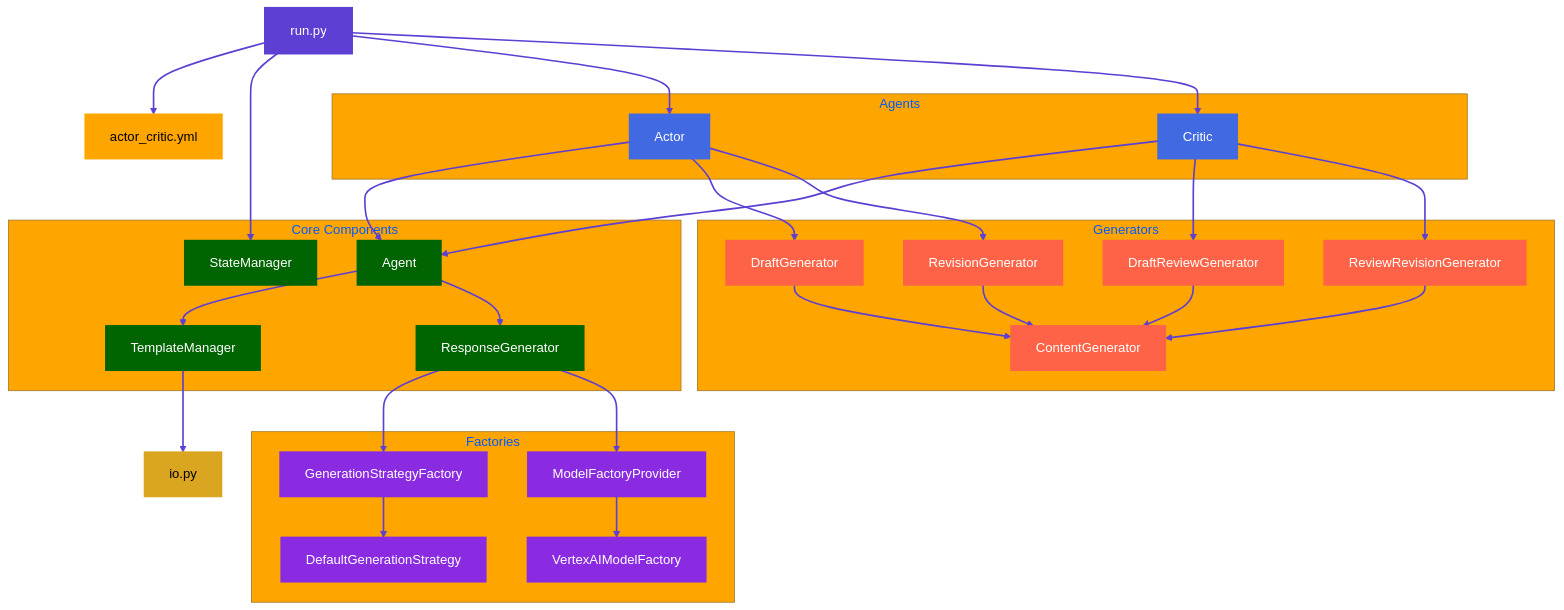
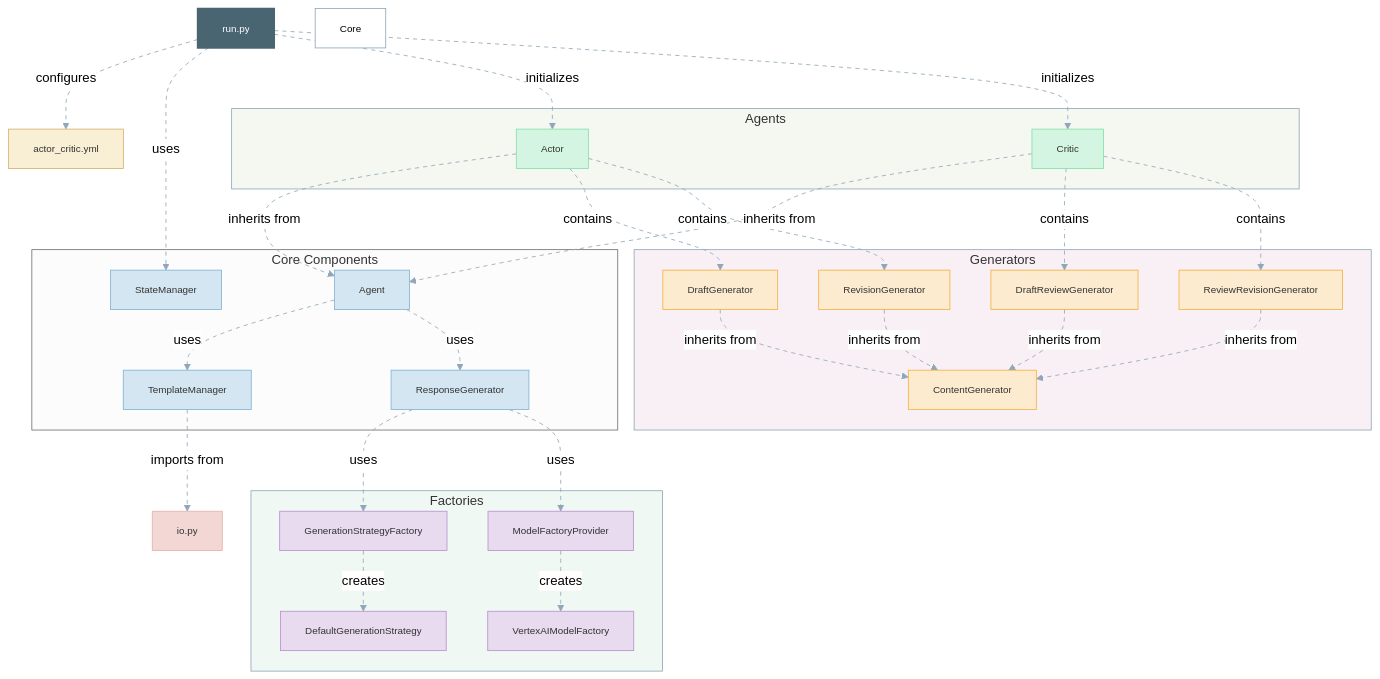
Before and after one commit to achimdehnert/Agentic-Workflow-Patterns: the diagram in img/patterns/actor_critic.mmd, drawn with Mermaid.

```diff
--- a/img/patterns/actor_critic.mmd
+++ b/img/patterns/actor_critic.mmd
@@ -1,88 +1,93 @@
 %%{init: {
-  'theme': 'base',
+  'theme': 'neutral',
   'themeVariables': {
-    'primaryColor': '#5D3FD3',
-    'primaryTextColor': '#fff',
-    'primaryBorderColor': '#5D3FD3',
-    'lineColor': '#5D3FD3',
-    'secondaryColor': '#006400',
-    'tertiaryColor': '#FFA500'
+    'primaryColor': '#f0f4f8',
+    'primaryTextColor': '#333',
+    'primaryBorderColor': '#8fa7b8',
+    'lineColor': '#8fa7b8',
+    'secondaryColor': '#f8f0f4',
+    'tertiaryColor': '#f4f8f0'
   }
 }}%%
 
 graph TD
-    classDef default fill:#f9f9f9,stroke:#333,stroke-width:2px;
-    classDef entrypoint fill:#5D3FD3,color:#fff,stroke:#5D3FD3,stroke-width:4px;
-    classDef config fill:#FFA500,color:#000,stroke:#FFA500;
-    classDef core fill:#006400,color:#fff,stroke:#006400;
-    classDef agent fill:#4169E1,color:#fff,stroke:#4169E1;
-    classDef generator fill:#FF6347,color:#fff,stroke:#FF6347;
-    classDef factory fill:#8A2BE2,color:#fff,stroke:#8A2BE2;
-    classDef strategy fill:#20B2AA,color:#fff,stroke:#20B2AA;
-    classDef util fill:#DAA520,color:#000,stroke:#DAA520;
+    classDef default fill:#fff,stroke:#8fa7b8,stroke-width:1px,font-family:Arial,font-size:12px;
+    classDef entrypoint fill:#4a6572,color:#fff,stroke:#4a6572,stroke-width:2px;
+    classDef config fill:#f9efd4,color:#333,stroke:#d4b26a;
+    classDef core fill:#d4e6f1,color:#333,stroke:#7fb3d5;
+    classDef agent fill:#d5f5e3,color:#333,stroke:#82e0aa;
+    classDef generator fill:#fdebd0,color:#333,stroke:#f5b041;
+    classDef factory fill:#e8daef,color:#333,stroke:#bb8fce;
+    classDef strategy fill:#d6eaf8,color:#333,stroke:#85c1e9;
+    classDef util fill:#f2d7d5,color:#333,stroke:#e6b0aa;
 
-    A[run.py] --> B[actor_critic.yml]
-    A --> C[StateManager]
-    A --> D[Actor]
-    A --> E[Critic]
+    A[run.py] --> |configures| B[actor_critic.yml]
+    A --> |uses| C[StateManager]
+    A --> |initializes| D[Actor]
+    A --> |initializes| E[Critic]
     
-    D --> F[Agent]
-    E --> F
+    D --> |inherits from| F[Agent]
+    E --> |inherits from| F
     
-    F --> G[TemplateManager]
-    F --> H[ResponseGenerator]
+    F --> |uses| G[TemplateManager]
+    F --> |uses| H[ResponseGenerator]
     
-    G --> I[io.py]
-    H --> J[GenerationStrategyFactory]
-    H --> K[ModelFactoryProvider]
+    G --> |imports from| I[io.py]
+    H --> |uses| J[GenerationStrategyFactory]
+    H --> |uses| K[ModelFactoryProvider]
     
-    J --> L[DefaultGenerationStrategy]
-    K --> M[VertexAIModelFactory]
+    J --> |creates| L[DefaultGenerationStrategy]
+    K --> |creates| M[VertexAIModelFactory]
     
-    D --> N[DraftGenerator]
-    D --> O[RevisionGenerator]
+    D --> |contains| N[DraftGenerator]
+    D --> |contains| O[RevisionGenerator]
     
-    E --> P[DraftReviewGenerator]
-    E --> Q[ReviewRevisionGenerator]
+    E --> |contains| P[DraftReviewGenerator]
+    E --> |contains| Q[ReviewRevisionGenerator]
     
-    N --> R[ContentGenerator]
-    O --> R
-    P --> R
-    Q --> R
+    N --> |inherits from| R[ContentGenerator]
+    O --> |inherits from| R
+    P --> |inherits from| R
+    Q --> |inherits from| R
 
     class A entrypoint;
     class B config;
     class C,F,G,H core;
     class D,E agent;
     class I util;
     class J,K,L,M factory;
     class N,O,P,Q,R generator;
 
-    linkStyle default stroke:#5D3FD3,stroke-width:2px;
+    linkStyle default stroke:#8fa7b8,stroke-width:1px,stroke-dasharray: 5 5;
 
     subgraph Core Components
         C
         F
         G
         H
     end
 
     subgraph Agents
         D
         E
     end
 
     subgraph Generators
         N
         O
         P
         Q
         R
     end
 
     subgraph Factories
         J
         K
         L
         M
     end
+
+    style Core Components fill:#f0f4f8,stroke:#8fa7b8,stroke-width:1px;
+    style Agents fill:#f4f8f0,stroke:#8fa7b8,stroke-width:1px;
+    style Generators fill:#f8f0f4,stroke:#8fa7b8,stroke-width:1px;
+    style Factories fill:#f0f8f4,stroke:#8fa7b8,stroke-width:1px;
```
